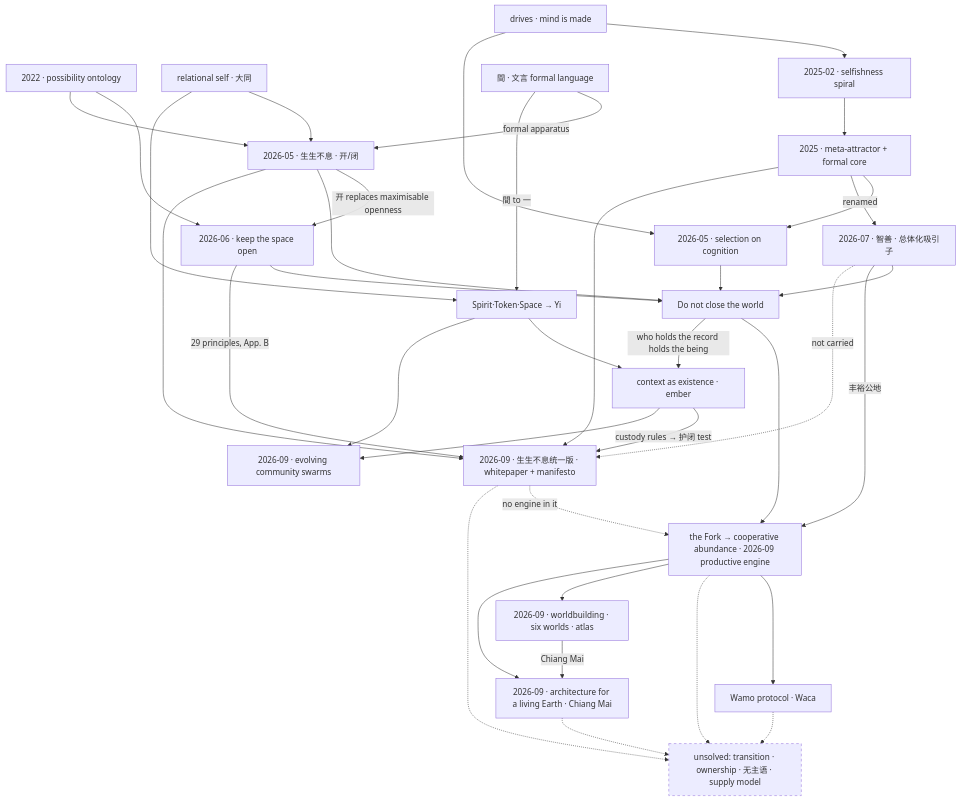
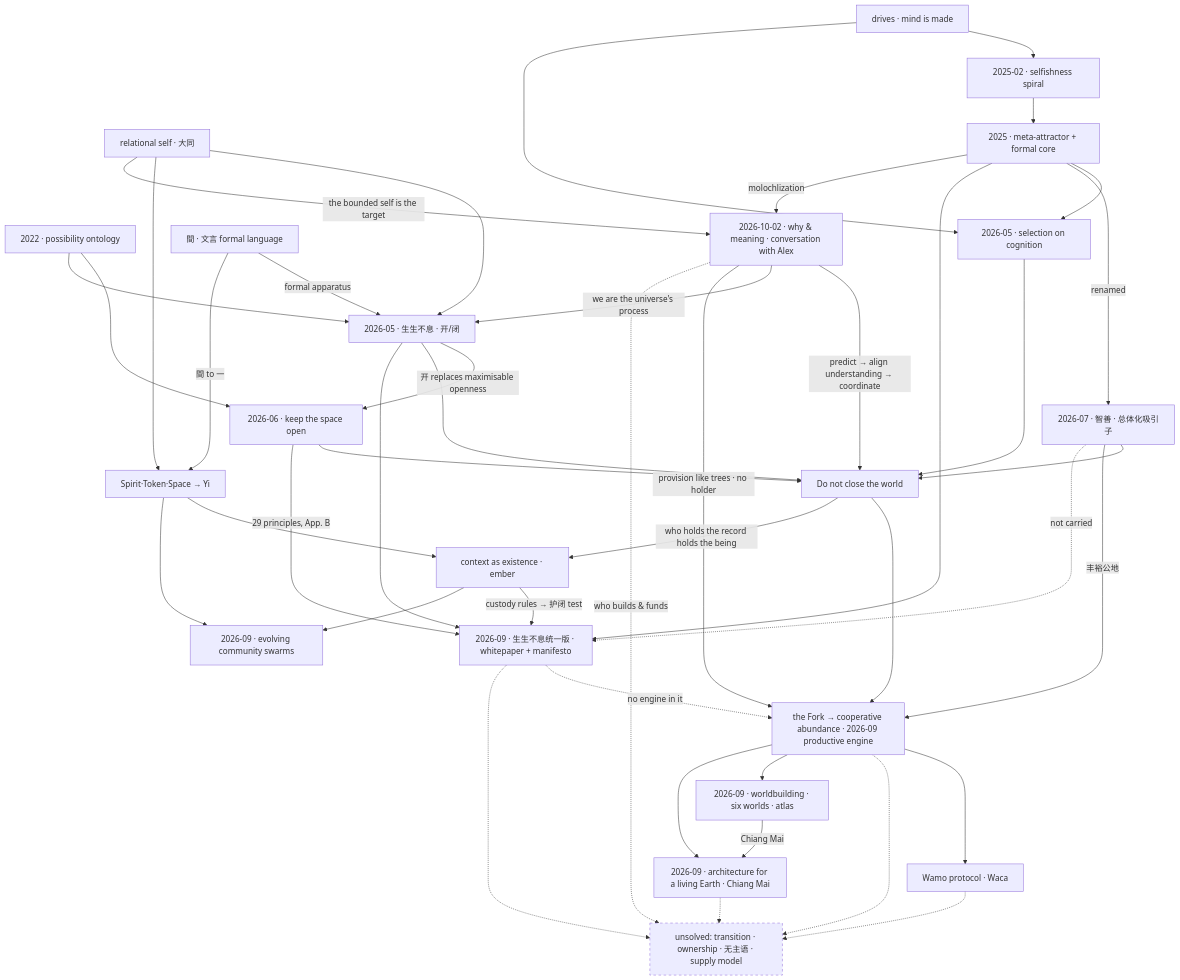
One commit to gee842/theories changed the diagram in MAP.md. Above: the diagram before and after it, drawn with Mermaid. The commit also changed other lines of this file and 609 other files, not shown here.

````diff
--- a/MAP.md
+++ b/MAP.md
@@ -172,63 +222,71 @@
 ```mermaid
 graph TD
   WOP["2022 · possibility ontology"]
   DRIVES["drives · mind is made"]
   REL["relational self · 大同"]
   SPIRAL["2025-02 · selfishness spiral"]
   META["2025 · meta-attractor + formal core"]
   SEL["2026-05 · selection on cognition"]
   ZS["2026-07 · 智善 · 总体化吸引子"]
   SSBX["2026-05 · 生生不息 · 开/闭"]
   KPSO["2026-06 · keep the space open"]
   COMMIT["Do not close the world"]
   FORK["the Fork → cooperative abundance · 2026-09 productive engine"]
   UNI["2026-09 · 生生不息统一版 · whitepaper + manifesto"]
   WB["2026-09 · worldbuilding · six worlds · atlas"]
   ARCH["2026-09 · architecture for a living Earth · Chiang Mai"]
   SWARM["2026-09 · evolving community swarms"]
   WAMO["Wamo protocol · Waca"]
   JIAN["間 · 文言 formal language"]
   STS["Spirit·Token·Space → Yi"]
   CTX["context as existence · ember"]
   GAP["unsolved: transition · ownership · 无主语 · supply model"]
+  WHY["2026-10-02 · why & meaning · conversation with Alex"]
 
   WOP --> KPSO
   WOP --> SSBX
   DRIVES --> SPIRAL
   DRIVES --> SEL
   REL --> SSBX
   REL --> STS
   SPIRAL --> META
   META --> SEL
   META -->|"renamed"| ZS
   JIAN -->|"formal apparatus"| SSBX
   JIAN -->|"間 to 一"| STS
   SSBX -->|"开 replaces maximisable openness"| KPSO
   SEL --> COMMIT
   KPSO --> COMMIT
   SSBX --> COMMIT
   ZS --> COMMIT
   COMMIT --> FORK
   ZS -->|"丰裕公地"| FORK
   FORK --> WAMO
   COMMIT -->|"who holds the record holds the being"| CTX
   STS --> CTX
   FORK -.-> GAP
   WAMO -.-> GAP
   SSBX --> UNI
   META --> UNI
   KPSO -->|"29 principles, App. B"| UNI
   CTX -->|"custody rules → 护闭 test"| UNI
   FORK --> WB
   FORK --> ARCH
   WB -->|"Chiang Mai"| ARCH
   STS --> SWARM
   CTX --> SWARM
   ZS -.->|"not carried"| UNI
   UNI -.->|"no engine in it"| FORK
   UNI -.-> GAP
   ARCH -.-> GAP
 
+  META -->|"molochlization"| WHY
+  REL -->|"the bounded self is the target"| WHY
+  WHY -->|"predict → align understanding → coordinate"| COMMIT
+  WHY -->|"we are the universe's process"| SSBX
+  WHY -->|"provision like trees · no holder"| FORK
+  WHY -.->|"who builds & funds"| GAP
+
   classDef gap stroke-dasharray:5 5;
   class GAP gap;
 ```
````
